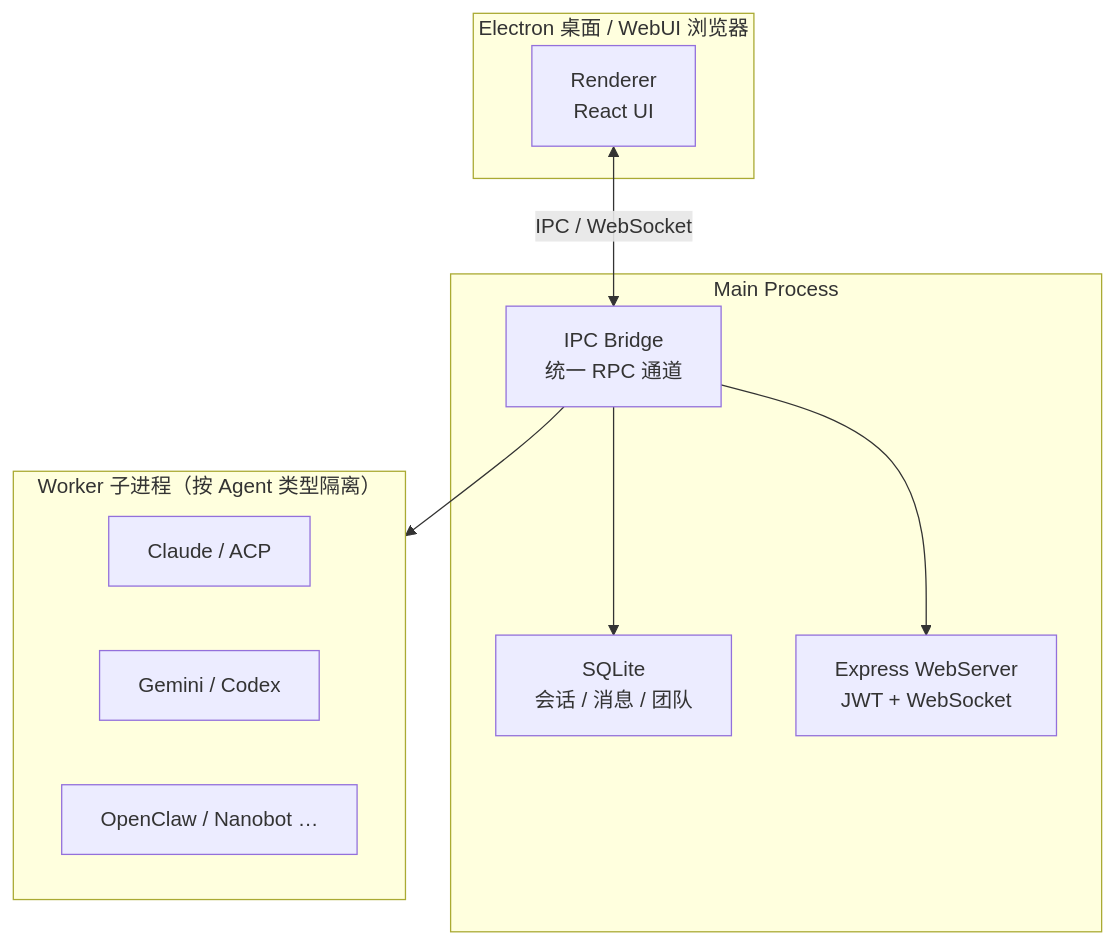
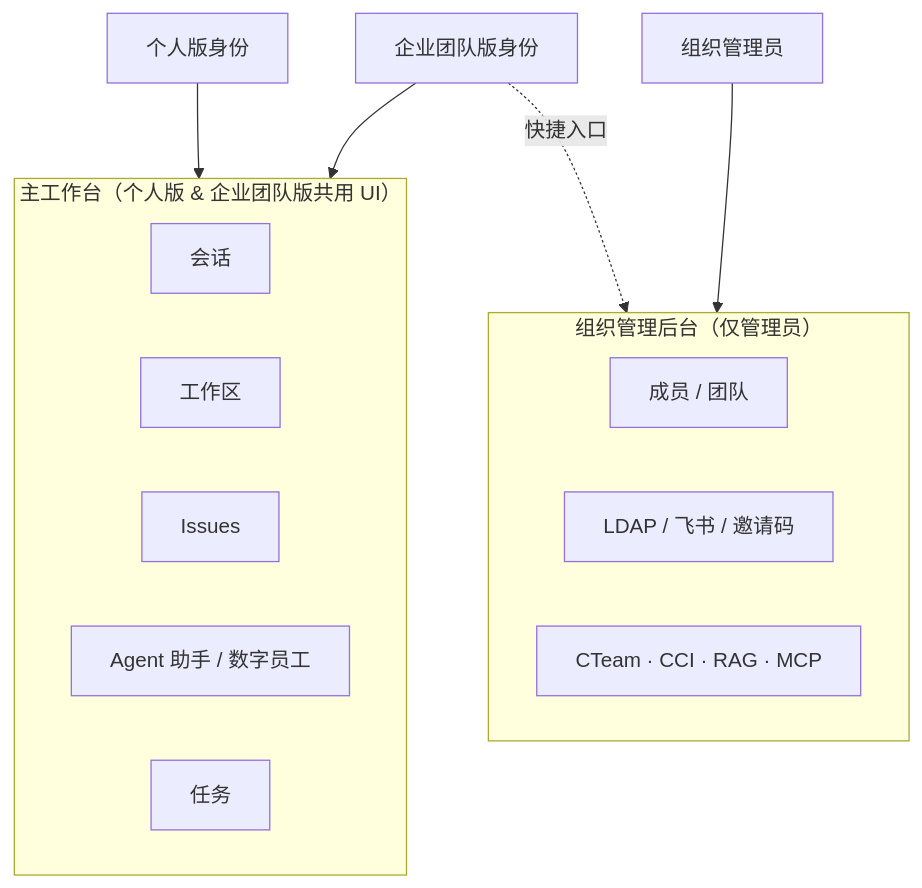
The second of 3 diagrams in readme.md (gaogg521/1ONE-ClaudeCode), drawn with Mermaid before and after one commit. The commit also changed other lines of this file, not shown here.

Commit message:
docs: 优化 README，突出企业团队版并改为全宽单图排版

````diff
--- a/readme.md
+++ b/readme.md
@@ -104,23 +224,21 @@
 ```mermaid
 flowchart TB
-  subgraph Desktop["Electron 桌面 / WebUI 浏览器"]
-    R["Renderer<br/>React UI"]
+  subgraph Workbench["主工作台（个人版 & 企业团队版共用 UI）"]
+    S["会话"]
+    W["工作区"]
+    I["Issues"]
+    A["Agent 助手 / 数字员工"]
+    T["任务"]
   end
 
-  subgraph Main["Main Process"]
-    B["IPC Bridge<br/>统一 RPC 通道"]
-    DB["SQLite<br/>会话 / 消息 / 团队"]
-    WS["Express WebServer<br/>JWT + WebSocket"]
+  subgraph Admin["组织管理后台（仅管理员）"]
+    U["成员 / 团队"]
+    Auth["LDAP / 飞书 / 邀请码"]
+    DevOps["CTeam · CCI · RAG · MCP"]
   end
 
-  subgraph Workers["Worker 子进程（按 Agent 类型隔离）"]
-    W1["Claude / ACP"]
-    W2["Gemini / Codex"]
-    W3["OpenClaw / Nanobot …"]
-  end
-
-  R <-->|IPC / WebSocket| B
-  B --> DB
-  B --> WS
-  B --> Workers
+  Personal["个人版身份"] --> Workbench
+  Enterprise["企业团队版身份"] --> Workbench
+  OrgAdmin["组织管理员"] --> Admin
+  Enterprise -.->|"快捷入口"| Admin
 ```
````
